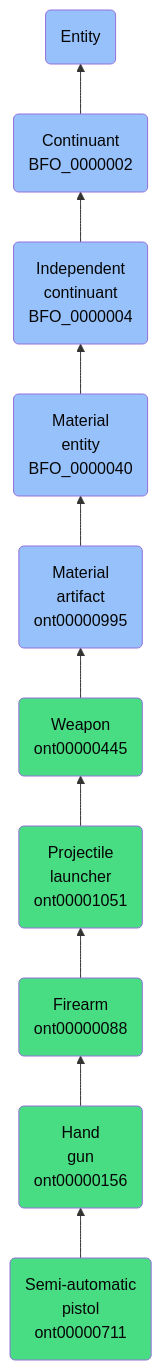
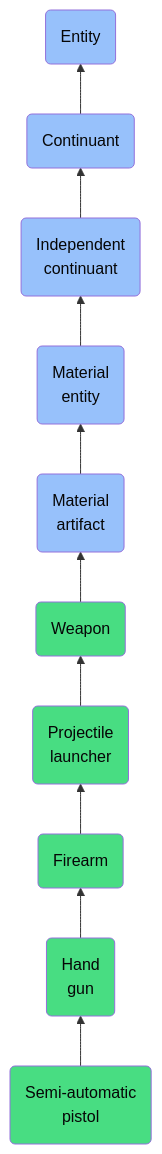
One commit to jupyter-naas/abi changed the diagram in docs/ontology/reference/model/Entity/Continuant/Independent continuant/Material entity/Material artifact/Weapon/Projectile launcher/Firearm/Hand gun/Semi-automatic pistol/Semi-automatic pistol.md. Above: the diagram before and after it, drawn with Mermaid. The commit also changed other lines of this file and 1430 other files, not shown here.

````diff
--- a/docs/ontology/reference/model/Entity/Continuant/Independent continuant/Material entity/Material artifact/Weapon/Projectile launcher/Firearm/Hand gun/Semi-automatic pistol/Semi-automatic pistol.md
+++ b/docs/ontology/reference/model/Entity/Continuant/Independent continuant/Material entity/Material artifact/Weapon/Projectile launcher/Firearm/Hand gun/Semi-automatic pistol/Semi-automatic pistol.md
@@ -24,17 +24,17 @@
 ```mermaid
 graph BT
-    ont00000711(Semi-automatic<br>pistol<br>ont00000711):::ABI-->ont00000156
-    ont00000156(Hand<br>gun<br>ont00000156):::ABI-->ont00000088
-    ont00000088(Firearm<br>ont00000088):::ABI-->ont00001051
-    ont00001051(Projectile<br>launcher<br>ont00001051):::ABI-->ont00000445
-    ont00000445(Weapon<br>ont00000445):::ABI-->ont00000995
-    ont00000995(Material<br>artifact<br>ont00000995):::BFO-->BFO_0000040
-    BFO_0000040(Material<br>entity<br>BFO_0000040):::BFO-->BFO_0000004
-    BFO_0000004(Independent<br>continuant<br>BFO_0000004):::BFO-->BFO_0000002
-    BFO_0000002(Continuant<br>BFO_0000002):::BFO-->BFO_0000001
+    ont00000711(Semi-automatic<br>pistol):::ABI-->ont00000156
+    ont00000156(Hand<br>gun):::ABI-->ont00000088
+    ont00000088(Firearm):::ABI-->ont00001051
+    ont00001051(Projectile<br>launcher):::ABI-->ont00000445
+    ont00000445(Weapon):::ABI-->ont00000995
+    ont00000995(Material<br>artifact):::BFO-->BFO_0000040
+    BFO_0000040(Material<br>entity):::BFO-->BFO_0000004
+    BFO_0000004(Independent<br>continuant):::BFO-->BFO_0000002
+    BFO_0000002(Continuant):::BFO-->BFO_0000001
     BFO_0000001(Entity):::BFO
     
     classDef BFO fill:#97c1fb,color:#060606
     classDef CCO fill:#e4c51e,color:#060606
     classDef ABI fill:#48DD82,color:#060606
 ```
````
